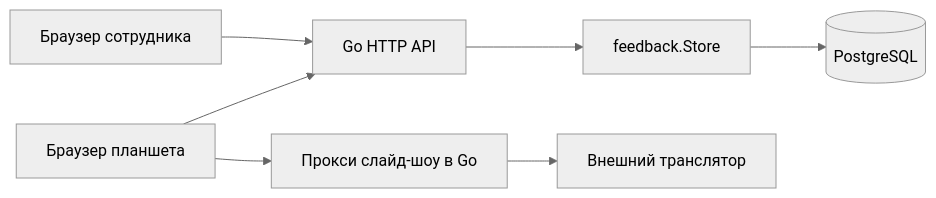
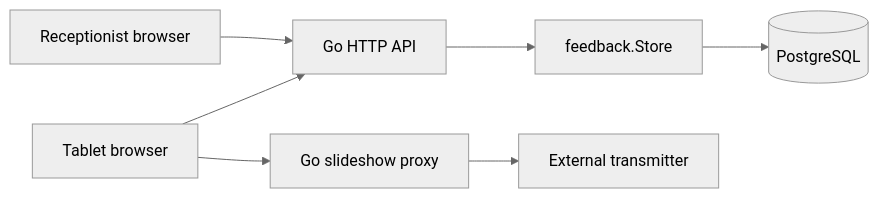
The first of 2 diagrams in docs/architecture.md (KirCurs/DonRating), drawn with Mermaid (neutral theme) before and after one commit. The commit also changed other lines of this file and 5 other files, not shown here.

````diff
--- a/docs/architecture.md
+++ b/docs/architecture.md
@@ -6,9 +7,9 @@
 ```mermaid
 flowchart LR
-    A[Браузер сотрудника] --> H[Go HTTP API]
-    T[Браузер планшета] --> H
+    A[Receptionist browser] --> H[Go HTTP API]
+    T[Tablet browser] --> H
     H --> S[feedback.Store]
     S --> DB[(PostgreSQL)]
-    T --> P[Прокси слайд-шоу в Go]
-    P --> X[Внешний транслятор]
+    T --> P[Go slideshow proxy]
+    P --> X[External transmitter]
 ```
````
